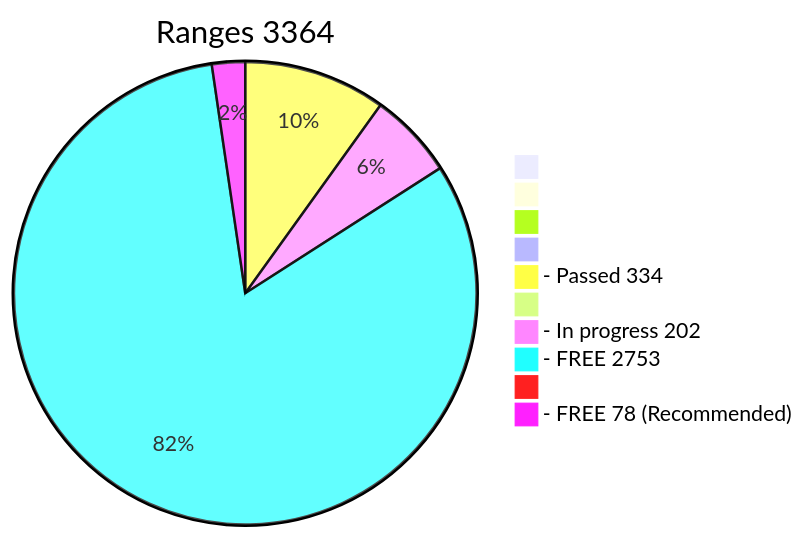
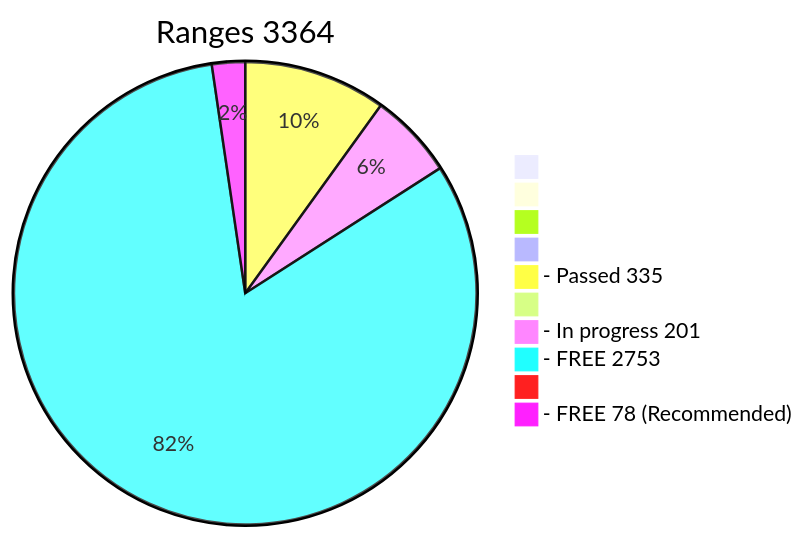
Before and after one commit to phrutis/wif500: the diagram in x64/Release/table.md, drawn with Mermaid. The commit also changed other lines of this file, not shown here.

````diff
--- a/x64/Release/table.md
+++ b/x64/Release/table.md
@@ -2,13 +2,13 @@
 ```mermaid
 pie title Ranges 3364
   " " : 0
   "  " : 0
   "   " : 0
   "    " : 0
-  "- Passed 334" : 334
+  "- Passed 335" : 335
   "     " : 0
-  "- In progress 202" : 202
+  "- In progress 201" : 201
   "- FREE 2753" : 2753
   "      " : 0
   "- FREE 78 (Recommended)" : 78
 ```
````
